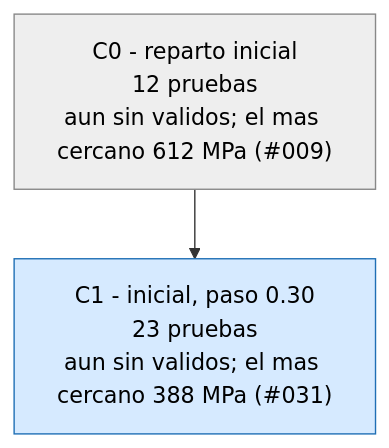
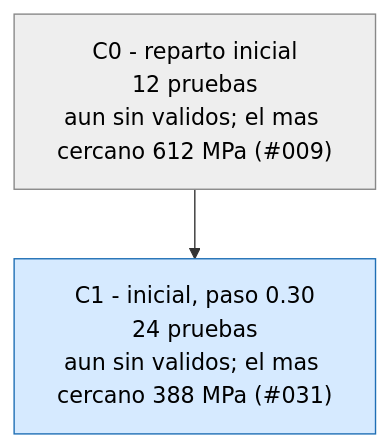
One commit to Hugiko/msd-soporte-optimizacion changed the third of 3 diagrams in runs/opt_37800N/ARBOL.md. Above: the diagram before and after it, drawn with Mermaid. The commit also changed 33 other files, not shown here.

````diff
--- a/runs/opt_37800N/ARBOL.md
+++ b/runs/opt_37800N/ARBOL.md
@@ -37,9 +37,9 @@
 ```mermaid
 graph TD
 classDef activa fill:#d6eaff,stroke:#1f6fb5,color:#000
 classDef fin fill:#eeeeee,stroke:#888,color:#000
 classDef mejor fill:#c8f0c0,stroke:#1a9850,stroke-width:4px,color:#000
 C0["C0 - reparto inicial<br/>12 pruebas<br/>aun sin validos; el mas cercano 612 MPa (#009)"]:::fin
-C1["C1 - inicial, paso 0.30<br/>23 pruebas<br/>aun sin validos; el mas cercano 388 MPa (#031)"]:::activa
+C1["C1 - inicial, paso 0.30<br/>24 pruebas<br/>aun sin validos; el mas cercano 388 MPa (#031)"]:::activa
 C0 --> C1
 ```
````
